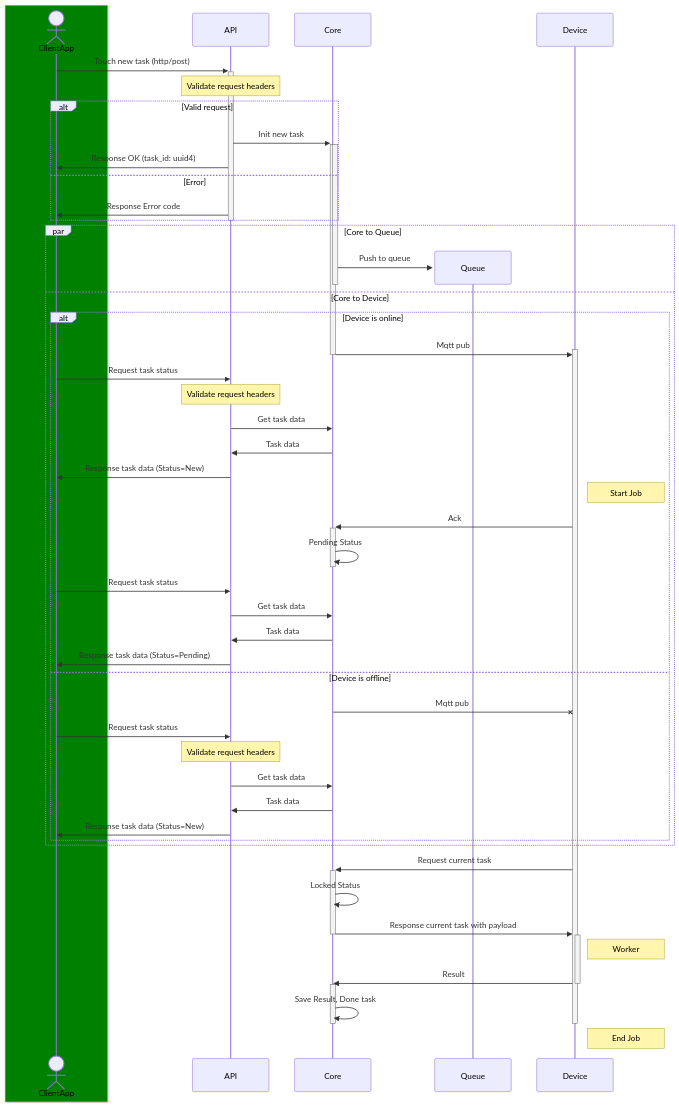
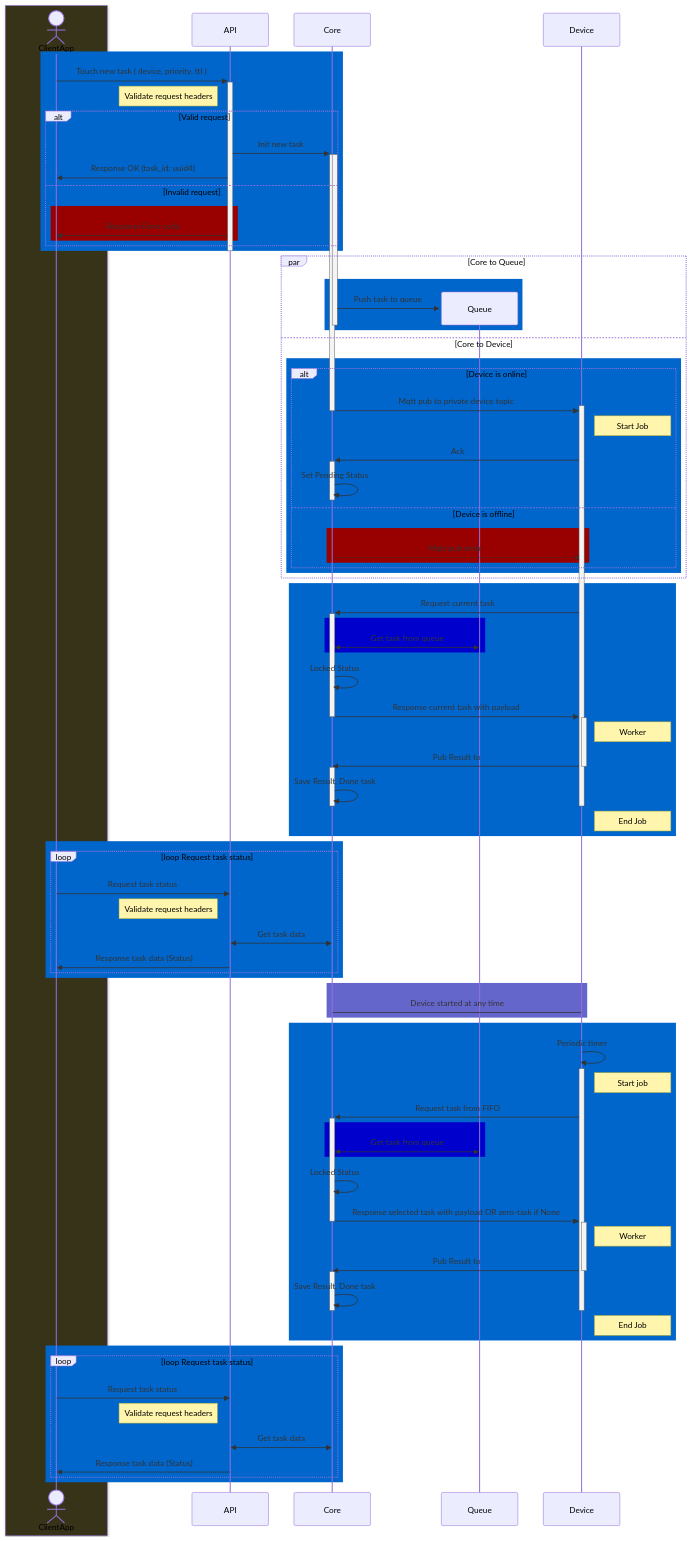
Before and after one commit to OlegLebedevRU/iot-rpc-rest-app: the diagram in README.md, drawn with Mermaid.

Commit message:
readme diag v0.4

````diff
--- a/README.md
+++ b/README.md
@@ -68,65 +68,115 @@
 ```mermaid
 sequenceDiagram
-    box Green
+    box  rgb(55, 51, 25)
     actor ClientApp
     end
     participant API  
     participant Core
-   
 
 
-    ClientApp->>+API: Touch new task (http/post)
-    Note over API: Validate request headers
+    rect rgb(0, 102, 204)
+    ClientApp->>+API: Touch new task ( device, priority, ttl )
+    Note left of API: Validate request headers
     
     alt Valid request
+        
         API->>+Core: Init new task
         activate Core
         API->>ClientApp: Response OK (task_id: uuid4)
-    else Error
+       
+    else Invalid request
+        rect rgb(153, 0, 0)
         API->>ClientApp: Response Error code
-    end   
+        end
+
+    end
+    end 
+
     deactivate API
+    
     par Core to Queue       
+        rect rgb(0, 102, 204)
+        
         create participant Queue
-        Core->>-Queue:Push to queue
+        
+        Core->>-Queue:Push task to queue
+        end
     and Core to Device
+        rect rgb(0, 102, 204)
         alt Device is online
-            Core->>+Device:Mqtt pub
+            Core->>+Device:Mqtt pub to private device topic
             deactivate Core
-    ClientApp->>API: Request task status
-    Note over API: Validate request headers
-    API->>Core: Get task data
-    Core->>API: Task data
-    API->> ClientApp: Response task data (Status=New)        
+       
             Note right of Device: Start Job
             Device->>+Core:Ack
-            Core->>-Core: Pending Status
-    ClientApp->>API: Request task status
-    API->>Core: Get task data
-    Core->>API: Task data
-    API->> ClientApp: Response task data (Status=Pending)
+            Core->>-Core: Set Pending Status
+        
         else Device is offline
-            Core-xDevice:Mqtt pub
-    ClientApp->>API: Request task status
-    Note over API: Validate request headers
-    API->>Core: Get task data
-    Core->>API: Task data
-    API->> ClientApp: Response task data (Status=New)
+            rect rgb(153, 0, 0)
+            Core--xDevice:Mqtt pub error
+            end
+        end
         end        
-
     end
-    
+    rect rgb(0, 102, 204)
     Device->>+Core: Request current task
+    rect rgb(0, 0, 204)
+    Queue<<->>Core: Get task from queue
+    end
     Core->>Core: Locked Status
     Core->>-Device: Response current task with payload
     activate Device
     Note right of Device: Worker
-    Device->>-Core: Result
+    Device->>-Core: Pub Result to 
     activate Core
     Core->>Core: Save Result, Done task    
     deactivate Device
     deactivate Core
     Note right of Device: End Job
+    end
+    rect rgb(0, 102, 204)
+    Loop loop Request task status
+   
+    ClientApp->>API: Request task status
+    Note left of API: Validate request headers
+    API<<->>Core: Get task data
+    API->>ClientApp: Response task data (Status)
+    end
+    end
+    rect rgb(100, 102, 204)
+    Core->Device:Device started at any time
+    end
+    rect rgb(0, 102, 204)
+    
+    Device->>+Device: Periodic timer
+    Note right of Device: Start job
+    Device->>+Core: Request task from FIFO
+    rect rgb(0, 0, 204)
+    Queue<<->>Core: Get task from queue
+    end
+    Core->>Core: Locked Status
+    Core->>-Device: Response selected task with payload OR zero-task if None
+    activate Device
+    Note right of Device: Worker
+    Device->>-Core: Pub Result to 
+    activate Core
+    Core->>Core: Save Result, Done task    
+    deactivate Device
+    deactivate Core
+    Note right of Device: End Job
+    end
+    rect rgb(0, 102, 204)
+    Loop loop Request task status
+   
+    ClientApp->>API: Request task status
+    Note left of API: Validate request headers
+    API<<->>Core: Get task data
+    API->>ClientApp: Response task data (Status)
+    end
+    end
+
+    
+
     
     
 ```
````
